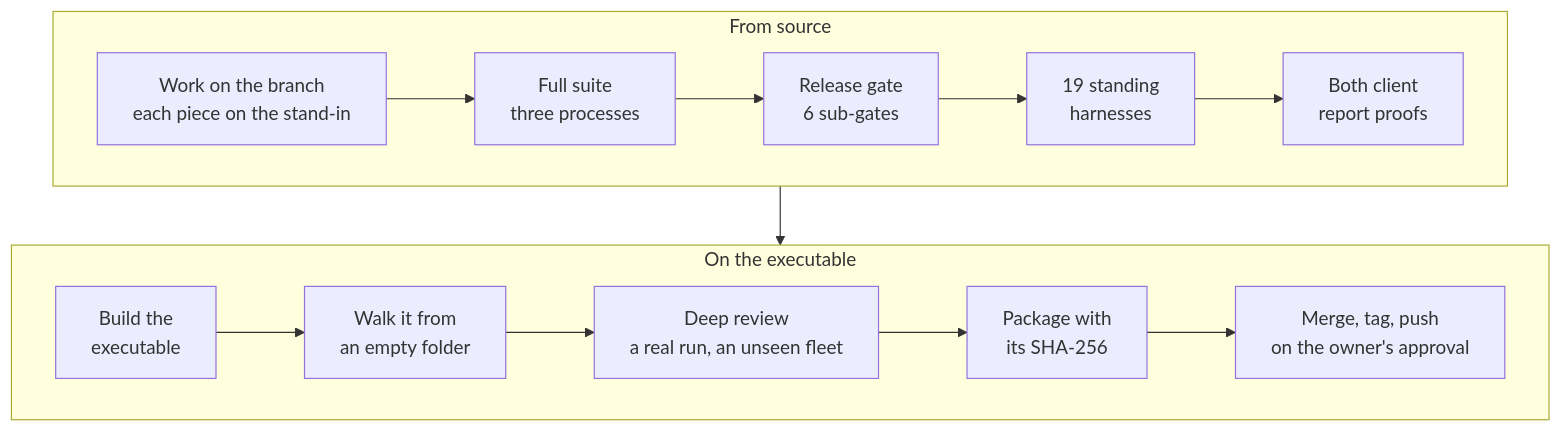
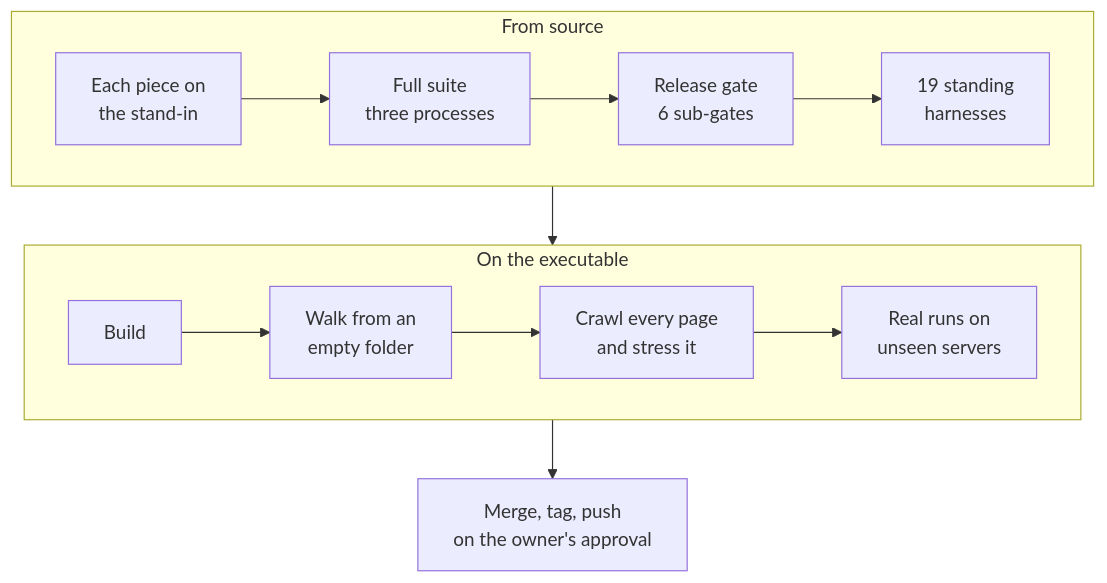
Before and after one commit to RyanH-sudo/ninjatoolkit-case-study: the eighth of 8 diagrams in CASE_STUDY.md, drawn with Mermaid. The commit also changed other lines of this file and 2 other files, not shown here.

First line of the commit message:
The October 2026 build: the case study rewritten and re-measured

````diff
--- a/CASE_STUDY.md
+++ b/CASE_STUDY.md
@@ -933,18 +1144,17 @@
 ```mermaid
 flowchart TB
     subgraph PROVE["From source"]
         direction LR
-        B["Work on the branch<br/>each piece on the stand-in"] --> S["Full suite<br/>three processes"]
+        B["Each piece on<br/>the stand-in"] --> S["Full suite<br/>three processes"]
         S --> G["Release gate<br/>6 sub-gates"]
         G --> H["19 standing<br/>harnesses"]
-        H --> P["Both client<br/>report proofs"]
     end
     subgraph SHIP["On the executable"]
         direction LR
-        X["Build the<br/>executable"] --> W["Walk it from<br/>an empty folder"]
-        W --> D["Deep review<br/>a real run, an unseen fleet"]
-        D --> K["Package with<br/>its SHA-256"]
-        K --> M["Merge, tag, push<br/>on the owner's approval"]
+        X["Build"] --> W["Walk from an<br/>empty folder"]
+        W --> C["Crawl every page<br/>and stress it"]
+        C --> D["Real runs on<br/>unseen servers"]
     end
     PROVE --> SHIP
+    SHIP --> M["Merge, tag, push<br/>on the owner's approval"]
 ```
````
